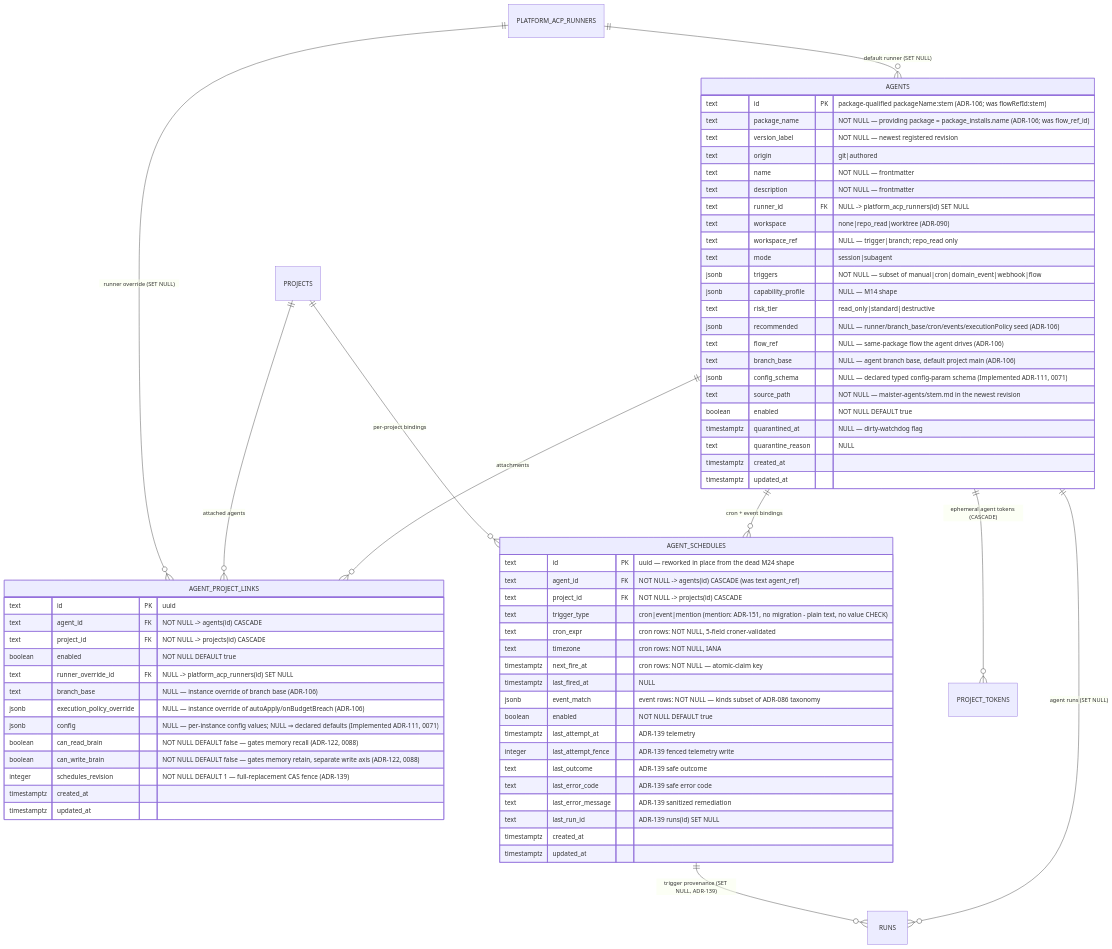
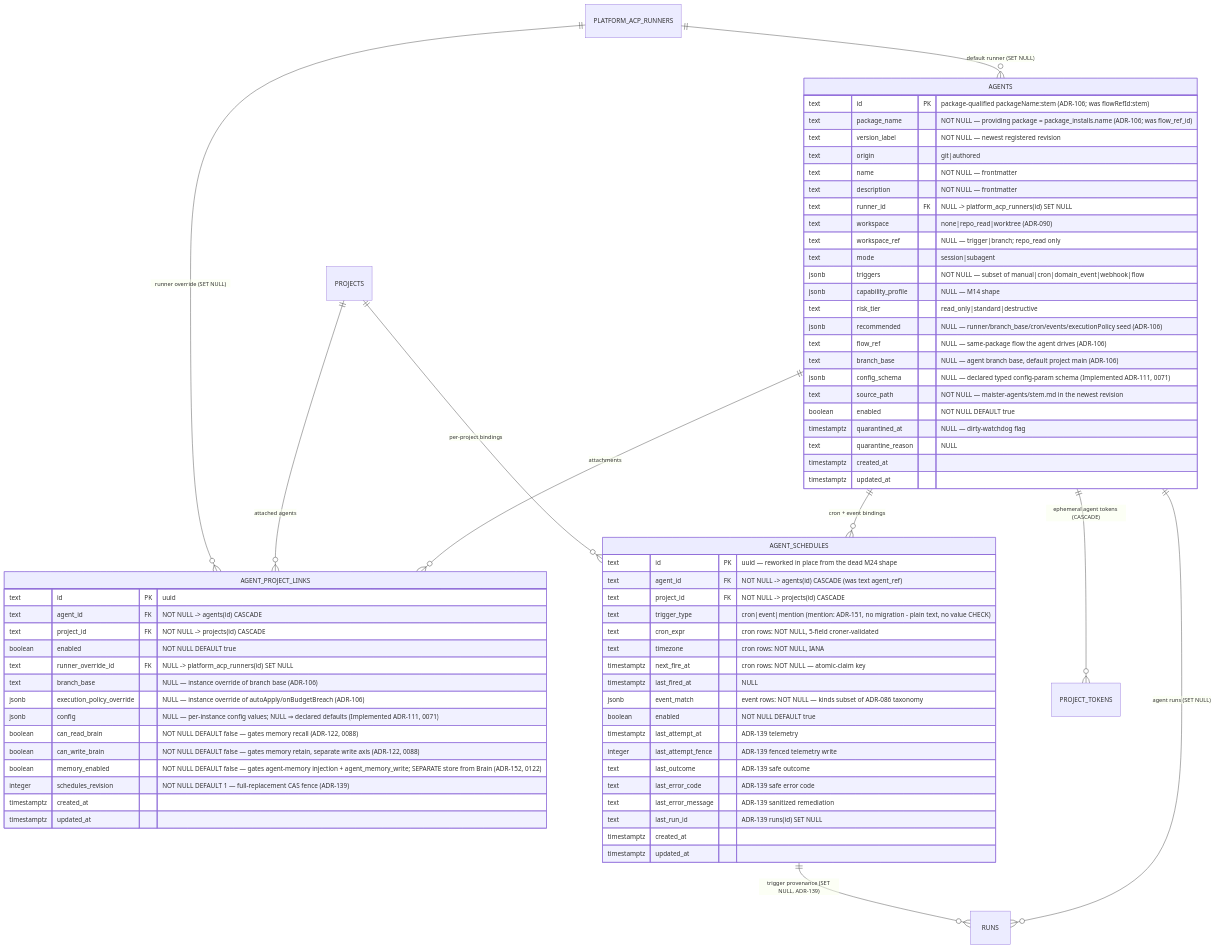
The diagram in docs/db/agents-domain.md (maister-dev/maister), drawn with Mermaid before and after one commit. The commit also changed 15 other files, not shown here.

First line of the commit message:
docs: freeze ADR-152 contracts for pulse follow-ups + agent memory files

````diff
--- a/docs/db/agents-domain.md
+++ b/docs/db/agents-domain.md
@@ -30,75 +30,76 @@
 ```mermaid
 erDiagram
     PLATFORM_ACP_RUNNERS ||--o{ AGENTS : "default runner (SET NULL)"
     AGENTS ||--o{ AGENT_PROJECT_LINKS : "attachments"
     PROJECTS ||--o{ AGENT_PROJECT_LINKS : "attached agents"
     PLATFORM_ACP_RUNNERS ||--o{ AGENT_PROJECT_LINKS : "runner override (SET NULL)"
     AGENTS ||--o{ AGENT_SCHEDULES : "cron + event bindings"
     PROJECTS ||--o{ AGENT_SCHEDULES : "per-project bindings"
     AGENTS ||--o{ RUNS : "agent runs (SET NULL)"
     AGENT_SCHEDULES ||--o{ RUNS : "trigger provenance (SET NULL, ADR-139)"
     AGENTS ||--o{ PROJECT_TOKENS : "ephemeral agent tokens (CASCADE)"
 
     AGENTS {
         text id PK "package-qualified packageName:stem (ADR-106; was flowRefId:stem)"
         text package_name "NOT NULL — providing package = package_installs.name (ADR-106; was flow_ref_id)"
         text version_label "NOT NULL — newest registered revision"
         text origin "git|authored"
         text name "NOT NULL — frontmatter"
         text description "NOT NULL — frontmatter"
         text runner_id FK "NULL -> platform_acp_runners(id) SET NULL"
         text workspace "none|repo_read|worktree (ADR-090)"
         text workspace_ref "NULL — trigger|branch; repo_read only"
         text mode "session|subagent"
         jsonb triggers "NOT NULL — subset of manual|cron|domain_event|webhook|flow"
         jsonb capability_profile "NULL — M14 shape"
         text risk_tier "read_only|standard|destructive"
         jsonb recommended "NULL — runner/branch_base/cron/events/executionPolicy seed (ADR-106)"
         text flow_ref "NULL — same-package flow the agent drives (ADR-106)"
         text branch_base "NULL — agent branch base, default project main (ADR-106)"
         jsonb config_schema "NULL — declared typed config-param schema (Implemented ADR-111, 0071)"
         text source_path "NOT NULL — maister-agents/stem.md in the newest revision"
         boolean enabled "NOT NULL DEFAULT true"
         timestamptz quarantined_at "NULL — dirty-watchdog flag"
         text quarantine_reason "NULL"
         timestamptz created_at
         timestamptz updated_at
     }
 
     AGENT_PROJECT_LINKS {
         text id PK "uuid"
         text agent_id FK "NOT NULL -> agents(id) CASCADE"
         text project_id FK "NOT NULL -> projects(id) CASCADE"
         boolean enabled "NOT NULL DEFAULT true"
         text runner_override_id FK "NULL -> platform_acp_runners(id) SET NULL"
         text branch_base "NULL — instance override of branch base (ADR-106)"
         jsonb execution_policy_override "NULL — instance override of autoApply/onBudgetBreach (ADR-106)"
         jsonb config "NULL — per-instance config values; NULL ⇒ declared defaults (Implemented ADR-111, 0071)"
         boolean can_read_brain "NOT NULL DEFAULT false — gates memory recall (ADR-122, 0088)"
         boolean can_write_brain "NOT NULL DEFAULT false — gates memory retain, separate write axis (ADR-122, 0088)"
+        boolean memory_enabled "NOT NULL DEFAULT false — gates agent-memory injection + agent_memory_write; SEPARATE store from Brain (ADR-152, 0122)"
         integer schedules_revision "NOT NULL DEFAULT 1 — full-replacement CAS fence (ADR-139)"
         timestamptz created_at
         timestamptz updated_at
     }
 
     AGENT_SCHEDULES {
         text id PK "uuid — reworked in place from the dead M24 shape"
         text agent_id FK "NOT NULL -> agents(id) CASCADE (was text agent_ref)"
         text project_id FK "NOT NULL -> projects(id) CASCADE"
         text trigger_type "cron|event|mention (mention: ADR-151, no migration - plain text, no value CHECK)"
         text cron_expr "cron rows: NOT NULL, 5-field croner-validated"
         text timezone "cron rows: NOT NULL, IANA"
         timestamptz next_fire_at "cron rows: NOT NULL — atomic-claim key"
         timestamptz last_fired_at "NULL"
         jsonb event_match "event rows: NOT NULL — kinds subset of ADR-086 taxonomy"
         boolean enabled "NOT NULL DEFAULT true"
         timestamptz last_attempt_at "ADR-139 telemetry"
         integer last_attempt_fence "ADR-139 fenced telemetry write"
         text last_outcome "ADR-139 safe outcome"
         text last_error_code "ADR-139 safe error code"
         text last_error_message "ADR-139 sanitized remediation"
         text last_run_id "ADR-139 runs(id) SET NULL"
         timestamptz created_at
         timestamptz updated_at
     }
 ```
````
